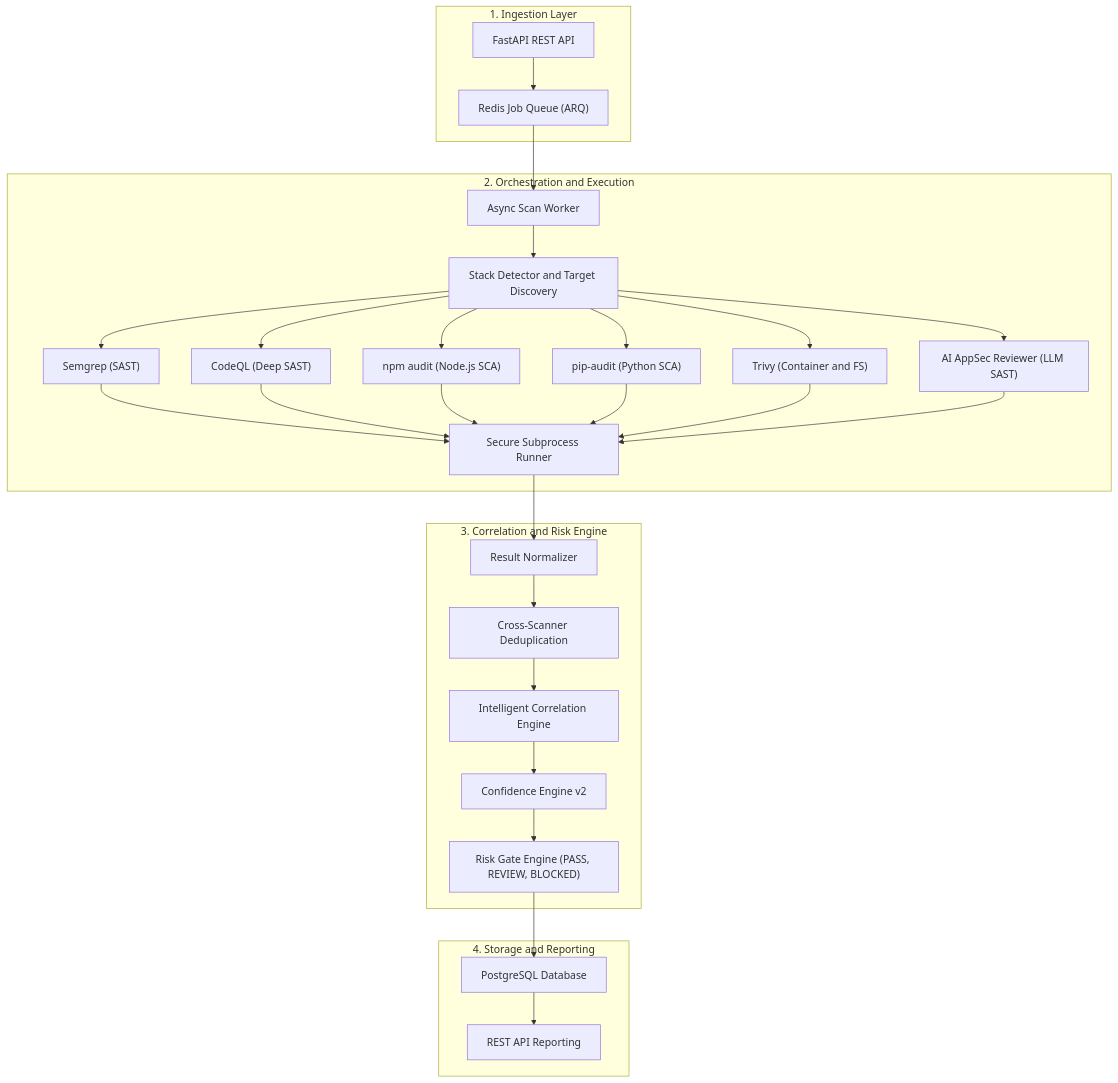
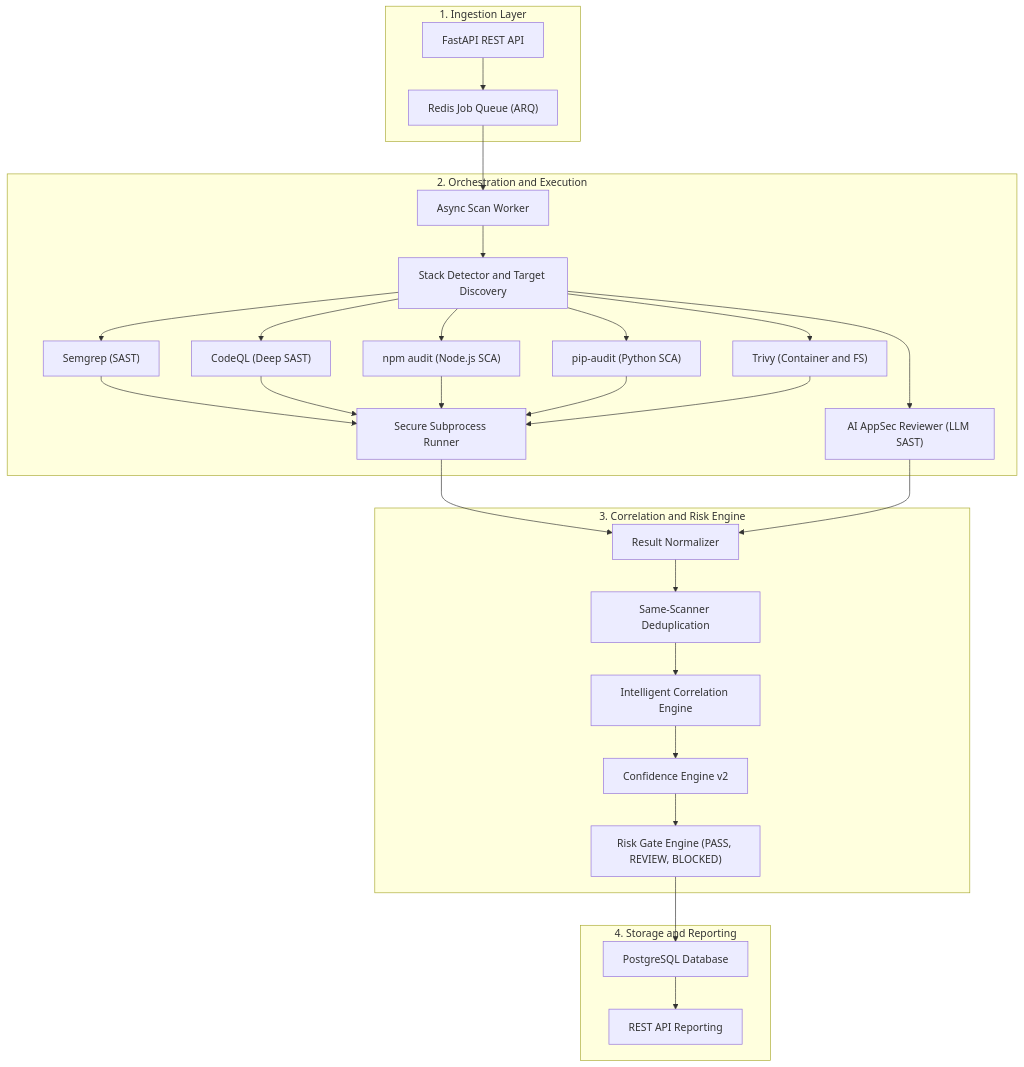
Before and after one commit to mdigitalbh81/secops-orchestrator: the first of 3 diagrams in README.md, drawn with Mermaid. The commit also changed other lines of this file, not shown here.

Commit message:
docs: align README with Phase 2 architecture

````diff
--- a/README.md
+++ b/README.md
@@ -5,38 +5,38 @@
 ```mermaid
 flowchart TD
     subgraph Ingestion ["1. Ingestion Layer"]
         API["FastAPI REST API"] --> Q["Redis Job Queue (ARQ)"]
     end
 
     subgraph Processing ["2. Orchestration and Execution"]
         Q --> Worker["Async Scan Worker"]
         Worker --> SD["Stack Detector and Target Discovery"]
 
         SD --> S_SEMGREP["Semgrep (SAST)"]
         SD --> S_CODEQL["CodeQL (Deep SAST)"]
         SD --> S_NPM["npm audit (Node.js SCA)"]
         SD --> S_PIP["pip-audit (Python SCA)"]
         SD --> S_TRIVY["Trivy (Container and FS)"]
         SD --> S_AI["AI AppSec Reviewer (LLM SAST)"]
 
         S_SEMGREP --> Runner["Secure Subprocess Runner"]
         S_CODEQL --> Runner
         S_NPM --> Runner
         S_PIP --> Runner
         S_TRIVY --> Runner
-        S_AI --> Runner
     end
 
     subgraph Normalization ["3. Correlation and Risk Engine"]
         Runner --> Norm["Result Normalizer"]
-        Norm --> Dedup["Cross-Scanner Deduplication"]
+        S_AI --> Norm
+        Norm --> Dedup["Same-Scanner Deduplication"]
         Dedup --> Correlate["Intelligent Correlation Engine"]
         Correlate --> Conf["Confidence Engine v2"]
         Conf --> Risk["Risk Gate Engine (PASS, REVIEW, BLOCKED)"]
     end
 
     subgraph Persistence ["4. Storage and Reporting"]
         Risk --> DB["PostgreSQL Database"]
         DB --> Report["REST API Reporting"]
     end
 ```
````
